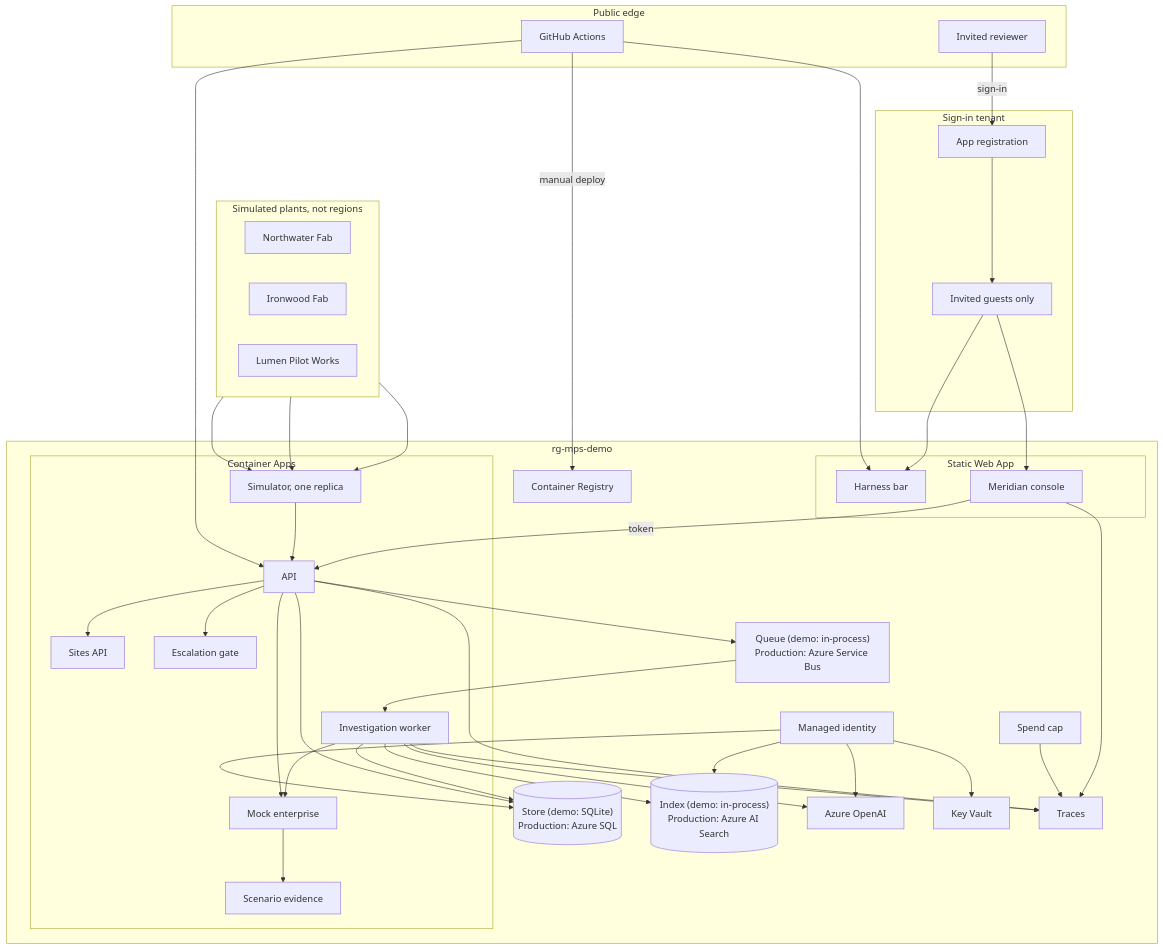
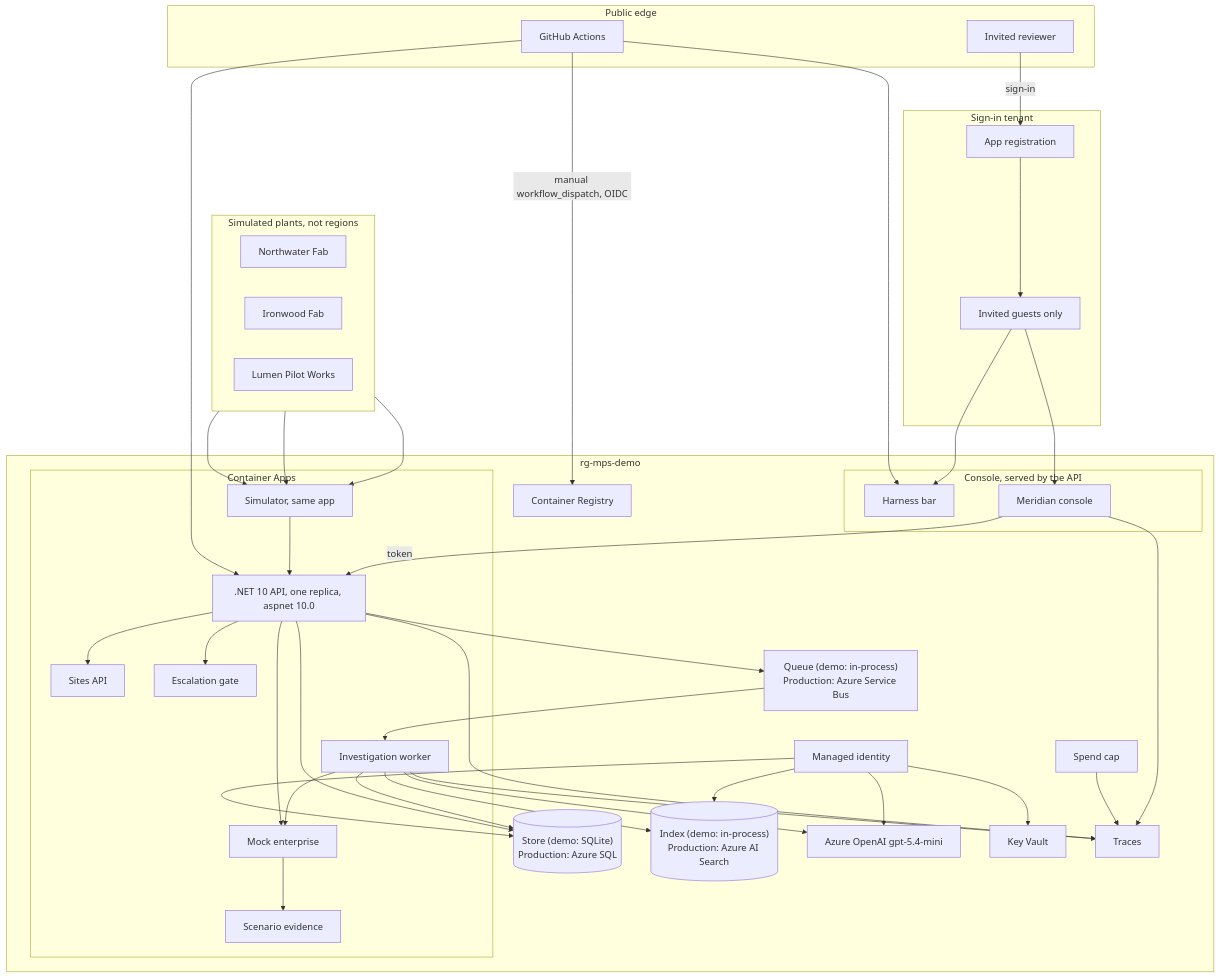
Before and after one commit to ccc-bcweis/mps-quality-agents: the diagram in docs/diagrams/physical.md, drawn with Mermaid. The commit also changed other lines of this file and 15 other files, not shown here.

First line of the commit message:
docs: align SPEC and diagrams with the running demo

````diff
--- a/docs/diagrams/physical.md
+++ b/docs/diagrams/physical.md
@@ -12,81 +12,81 @@
 ```mermaid
 flowchart TB
   subgraph Plants["Simulated plants, not regions"]
     direction LR
     NW["Northwater Fab"]
     IW["Ironwood Fab"]
     LM["Lumen Pilot Works"]
   end
 
   subgraph Public["Public edge"]
     REV["Invited reviewer"]
     GH["GitHub Actions"]
   end
 
   subgraph IdP["Sign-in tenant"]
     APP["App registration"]
     GUESTS["Invited guests only"]
   end
 
   REV -->|sign-in| APP
   APP --> GUESTS
 
   subgraph RG["rg-mps-demo"]
-    subgraph Edge["Static Web App"]
+    subgraph Edge["Console, served by the API"]
       HRN["Harness bar"]
       CON["Meridian console"]
     end
 
     subgraph Net["Container Apps"]
-      APIc["API"]
+      APIc[".NET 10 API, one replica, aspnet 10.0"]
       SITES["Sites API"]
       EGATE["Escalation gate"]
       WRK["Investigation worker"]
-      SIMc["Simulator, one replica"]
+      SIMc["Simulator, same app"]
       MOCK["Mock enterprise"]
       EVD["Scenario evidence"]
     end
 
     Q["Queue (demo: in-process)<br/>Production: Azure Service Bus"]
     SQL[("Store (demo: SQLite)<br/>Production: Azure SQL")]
     SRCH[("Index (demo: in-process)<br/>Production: Azure AI Search")]
-    AOAI["Azure OpenAI"]
+    AOAI["Azure OpenAI gpt-5.4-mini"]
     KV["Key Vault"]
     MI["Managed identity"]
     AI["Traces"]
     BUD["Spend cap"]
     ACR["Container Registry"]
   end
 
   GUESTS --> HRN
   GUESTS --> CON
   CON -->|token| APIc
   NW --> SIMc
   IW --> SIMc
   LM --> SIMc
   APIc --> SITES
   APIc --> EGATE
   APIc --> Q
   Q --> WRK
   SIMc --> APIc
   WRK --> AOAI
   WRK --> SRCH
   WRK --> SQL
   WRK --> MOCK
   MOCK --> EVD
   APIc --> SQL
   APIc --> MOCK
 
   MI --> KV
   MI --> AOAI
   MI --> SQL
   MI --> SRCH
   APIc --> AI
   WRK --> AI
   CON --> AI
   BUD --> AI
 
-  GH -->|manual deploy| ACR
+  GH -->|manual workflow_dispatch, OIDC| ACR
   GH --> APIc
   GH --> HRN
 ```
````
